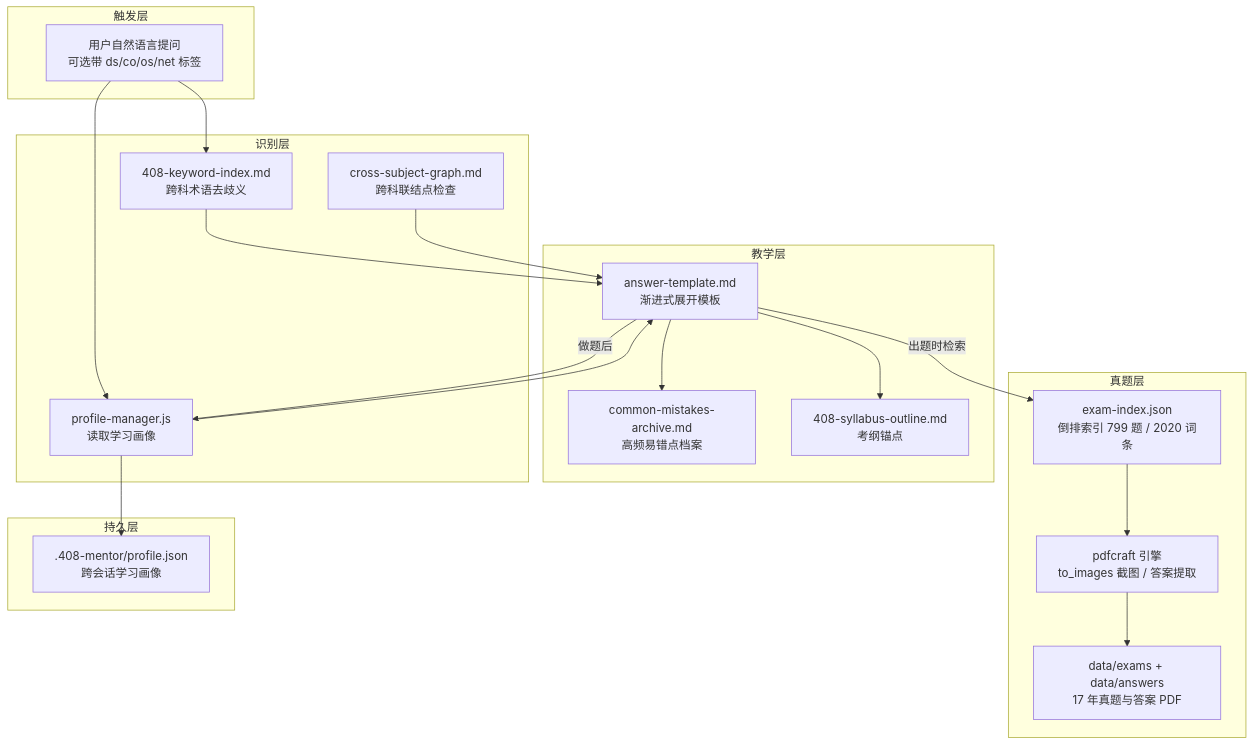
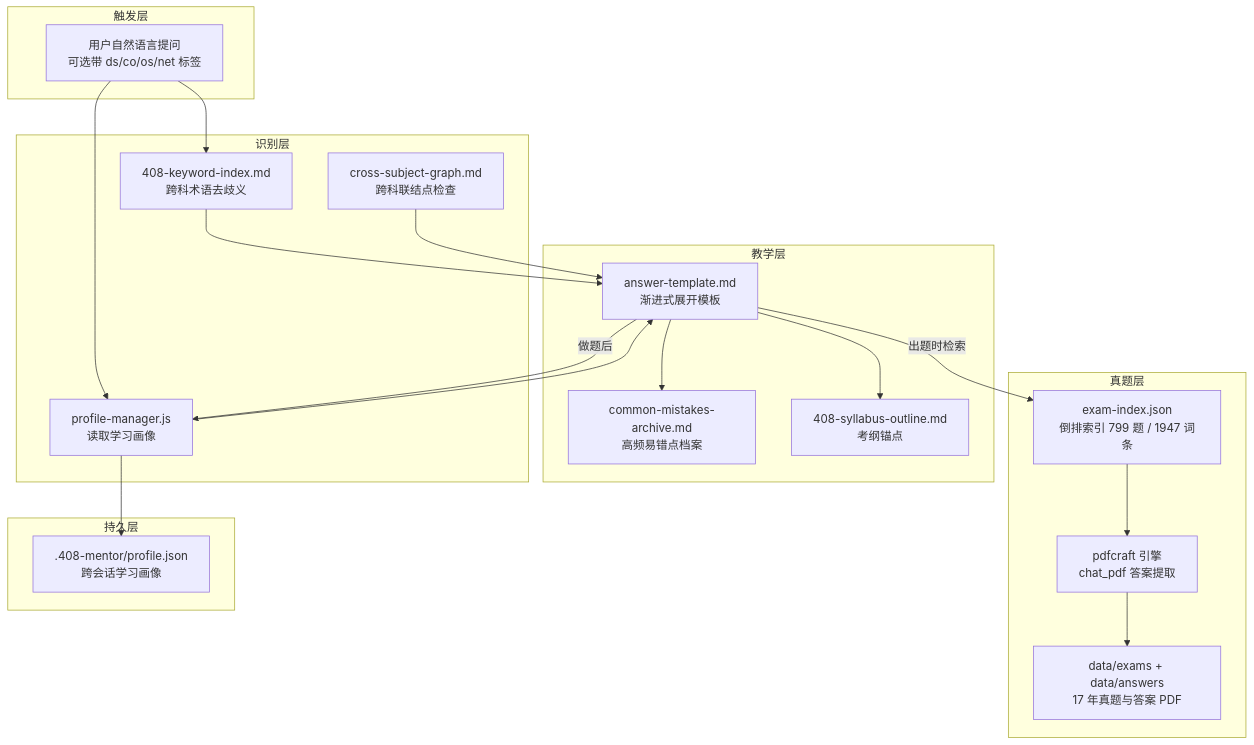
Before and after one commit to WeatherCore/408: the third of 3 diagrams in README.md, drawn with Mermaid. The commit also changed other lines of this file and 1 other file, not shown here.

Commit message:
docs: 全面更新数字与截图描述——1947 词条、单题裁剪、项目结构、Roadmap

````diff
--- a/README.md
+++ b/README.md
@@ -196,41 +196,41 @@
 ```mermaid
 flowchart TB
     subgraph 触发层
         U[用户自然语言提问<br/>可选带 ds/co/os/net 标签]
     end
 
     subgraph 识别层
         KI[408-keyword-index.md<br/>跨科术语去歧义]
         CG[cross-subject-graph.md<br/>跨科联结点检查]
         PM[profile-manager.js<br/>读取学习画像]
     end
 
     subgraph 教学层
         AT[answer-template.md<br/>渐进式展开模板]
         CM[common-mistakes-archive.md<br/>高频易错点档案]
         SO[408-syllabus-outline.md<br/>考纲锚点]
     end
 
     subgraph 真题层
-        EI[exam-index.json<br/>倒排索引 799 题 / 2020 词条]
-        PC[pdfcraft 引擎<br/>to_images 截图 / 答案提取]
+        EI[exam-index.json<br/>倒排索引 799 题 / 1947 词条]
+        PC[pdfcraft 引擎<br/>chat_pdf 答案提取]
         DP[data/exams + data/answers<br/>17 年真题与答案 PDF]
     end
 
     subgraph 持久层
         PJ[.408-mentor/profile.json<br/>跨会话学习画像]
     end
 
     U --> KI
     U --> PM
     KI --> AT
     PM --> AT
     CG --> AT
     AT --> CM
     AT --> SO
     AT -->|出题时检索| EI
     EI --> PC
     PC --> DP
     AT -->|做题后| PM
     PM --> PJ
 ```
````
